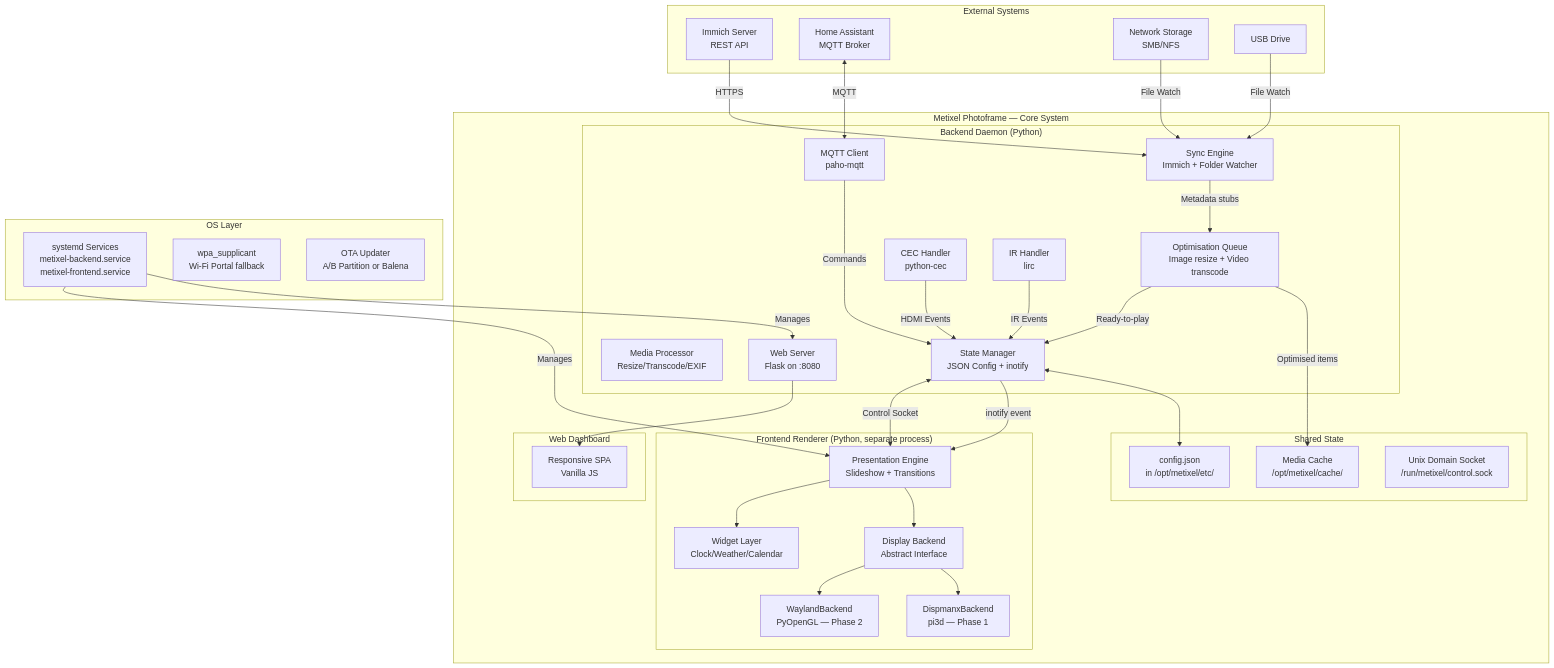
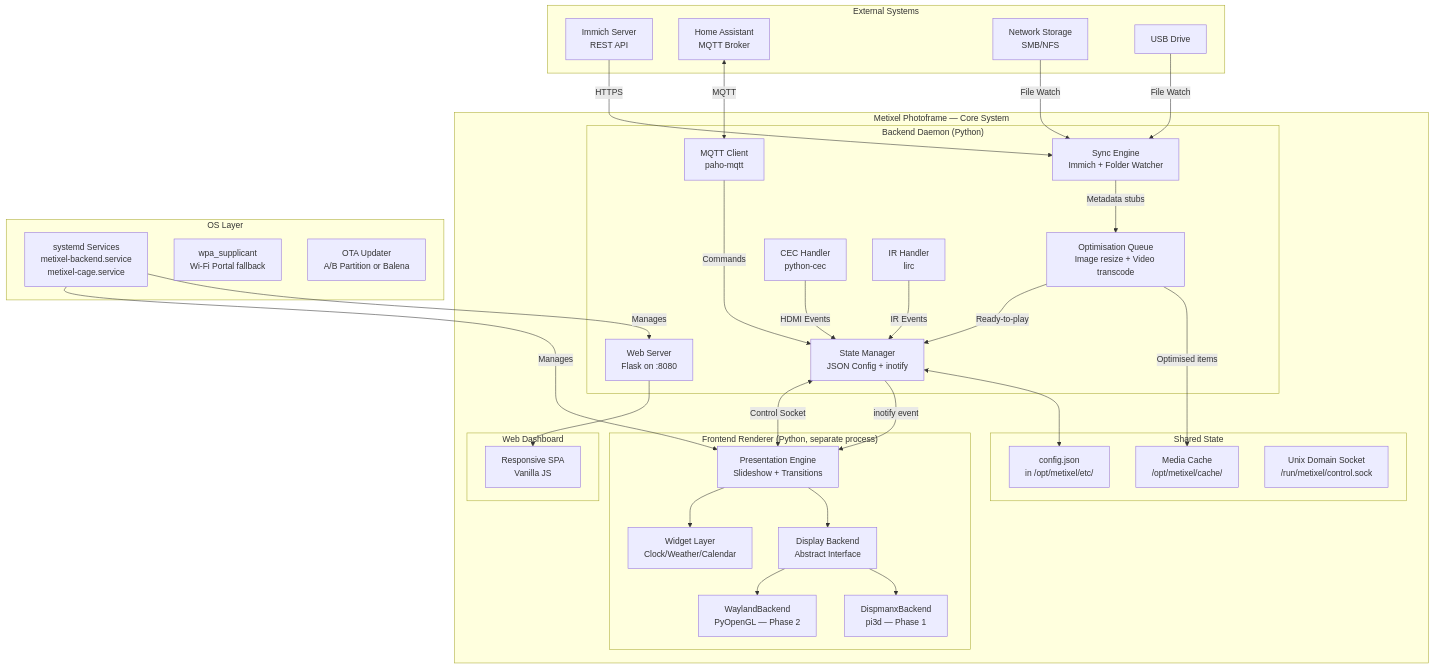
Before and after one commit to dennisadvani/metixel-photoframe: the diagram in ARCHITECTURE.md, drawn with Mermaid. The commit also changed other lines of this file and 2 other files, not shown here.

Commit message:
refactor: update architecture documentation and improve backend/frontend structure

````diff
--- a/ARCHITECTURE.md
+++ b/ARCHITECTURE.md
@@ -96,67 +96,66 @@
 ```mermaid
 graph TB
     subgraph "External Systems"
         IMMICH[Immich Server<br/>REST API]
         HA[Home Assistant<br/>MQTT Broker]
         NAS[Network Storage<br/>SMB/NFS]
         USB[USB Drive]
     end
 
     subgraph "Metixel Photoframe — Core System"
         subgraph "Backend Daemon (Python)"
             SYNC[Sync Engine<br/>Immich + Folder Watcher]
             OPTQ[Optimisation Queue<br/>Image resize + Video transcode]
-            PROC[Media Processor<br/>Resize/Transcode/EXIF]
             STATE[State Manager<br/>JSON Config + inotify]
             HTTP[Web Server<br/>Flask on :8080]
             MQTT[MQTT Client<br/>paho-mqtt]
             CEC[CEC Handler<br/>python-cec]
             IR[IR Handler<br/>lirc]
         end
 
         subgraph "Frontend Renderer (Python, separate process)"
             ENGINE[Presentation Engine<br/>Slideshow + Transitions]
             WIDGETS[Widget Layer<br/>Clock/Weather/Calendar]
             DISPLAY[Display Backend<br/>Abstract Interface]
             DBMX[DispmanxBackend<br/>pi3d — Phase 1]
             WL[WaylandBackend<br/>PyOpenGL — Phase 2]
         end
 
         subgraph "Web Dashboard"
             WEBUI[Responsive SPA<br/>Vanilla JS]
         end
 
         subgraph "Shared State"
             CONFIG[config.json<br/>in /opt/metixel/etc/]
             CACHE[Media Cache<br/>/opt/metixel/cache/]
             SOCKET[Unix Domain Socket<br/>/run/metixel/control.sock]
         end
     end
 
     subgraph "OS Layer"
-        SYSTEMD[systemd Services<br/>metixel-backend.service<br/>metixel-frontend.service]
+        SYSTEMD[systemd Services<br/>metixel-backend.service<br/>metixel-cage.service]
         NETWORK[wpa_supplicant<br/>Wi-Fi Portal fallback]
         OTA[OTA Updater<br/>A/B Partition or Balena]
     end
 
     IMMICH -->|HTTPS| SYNC
     HA <-->|MQTT| MQTT
     NAS -->|File Watch| SYNC
     USB -->|File Watch| SYNC
     SYNC -->|Metadata stubs| OPTQ
     OPTQ -->|Optimised items| CACHE
     OPTQ -->|Ready-to-play| STATE
     STATE <--> CONFIG
     HTTP --> WEBUI
     STATE -->|inotify event| ENGINE
     STATE <-->|Control Socket| ENGINE
     ENGINE --> DISPLAY
     DISPLAY --> DBMX
     DISPLAY --> WL
     ENGINE --> WIDGETS
     CEC -->|HDMI Events| STATE
     IR -->|IR Events| STATE
     MQTT -->|Commands| STATE
     SYSTEMD -->|Manages| HTTP
     SYSTEMD -->|Manages| ENGINE
 ```
````
